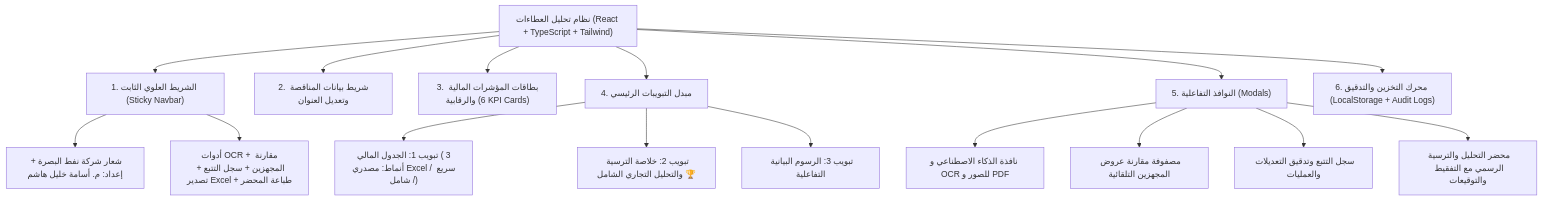
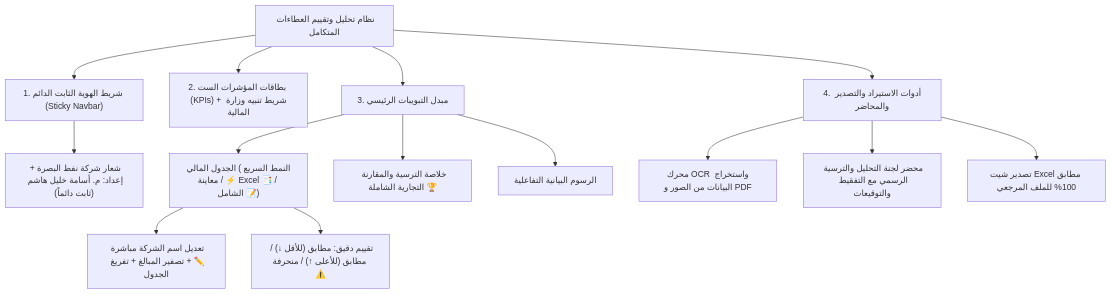
The diagram in README.md (Usama-Kh75/tender-analysis-system), drawn with Mermaid before and after one commit. The commit also changed other lines of this file and 1 other file, not shown here.

Commit message:
تحديث التوثيق الشامل وخلاصة الجلسة النهائية v1.1.0

````diff
--- a/README.md
+++ b/README.md
@@ -45,21 +24,20 @@
 ```mermaid
 graph TD
-    Root["نظام تحليل العطاءات (React + TypeScript + Tailwind)"] --> Nav["1. الشريط العلوي الثابت (Sticky Navbar)"]
-    Root --> Meta["2. شريط بيانات المناقصة وتعديل العنوان"]
-    Root --> KPI["3. بطاقات المؤشرات المالية والرقابية (6 KPI Cards)"]
-    Root --> Tabs["4. مبدل التبويبات الرئيسي"]
-    Root --> Modals["5. النوافذ التفاعلية (Modals)"]
-    Root --> Storage["6. محرك التخزين والتدقيق (LocalStorage + Audit Logs)"]
+    Root["نظام تحليل وتقييم العطاءات المتكامل"] --> Nav["1. شريط الهوية الثابت الدائم (Sticky Navbar)"]
+    Root --> KPI["2. بطاقات المؤشرات الست (KPIs) + شريط تنبيه وزارة المالية"]
+    Root --> Tabs["3. مبدل التبويبات الرئيسي"]
+    Root --> Actions["4. أدوات الاستيراد والتصدير والمحاضر"]
 
-    Nav --> Branding["شعار شركة نفط البصرة + إعداد: م. أسامة خليل هاشم"]
-    Nav --> FastActions["أدوات OCR + مقارنة المجهزين + سجل التتبع + تصدير Excel + طباعة المحضر"]
+    Nav --> Branding["شعار شركة نفط البصرة + إعداد: م. أسامة خليل هاشم (ثابت دائماً)"]
+    
+    Tabs --> Tab1["الجدول المالي (النمط السريع ⚡ / معاينة Excel 📑 / الشامل 📝)"]
+    Tabs --> Tab2["خلاصة الترسية والمقارنة التجارية الشاملة 🏆"]
+    Tabs --> Tab3["الرسوم البيانية التفاعلية"]
 
-    Tabs --> TableView["تبويب 1: الجدول المالي (3 أنماط: مصدري Excel / سريع / شامل)"]
-    Tabs --> ExecSummary["تبويب 2: خلاصة الترسية والتحليل التجاري الشامل 🏆"]
-    Tabs --> ChartsView["تبويب 3: الرسوم البيانية التفاعلية"]
+    Tab1 --> Entry["تعديل اسم الشركة مباشرة ✏️ + تصفير المبالغ + تفريغ الجدول"]
+    Tab1 --> Badges["تقييم دقيق: مطابق (للأقل ↓) / مطابق (للأعلى ↑) / منحرفة ⚠️"]
 
-    Modals --> OcrModal["نافذة الذكاء الاصطناعي و OCR للصور و PDF"]
-    Modals --> MultiBidderModal["مصفوفة مقارنة عروض المجهزين التلقائية"]
-    Modals --> AuditModal["سجل التتبع وتدقيق التعديلات والعمليات"]
-    Modals --> PrintModal["محضر التحليل والترسية الرسمي مع التفقيط والتوقيعات"]
+    Actions --> OCR["محرك OCR واستخراج البيانات من الصور و PDF"]
+    Actions --> Print["محضر لجنة التحليل والترسية الرسمي مع التفقيط والتوقيعات"]
+    Actions --> Excel["تصدير شيت Excel مطابق 100% للملف المرجعي"]
 ```
````
